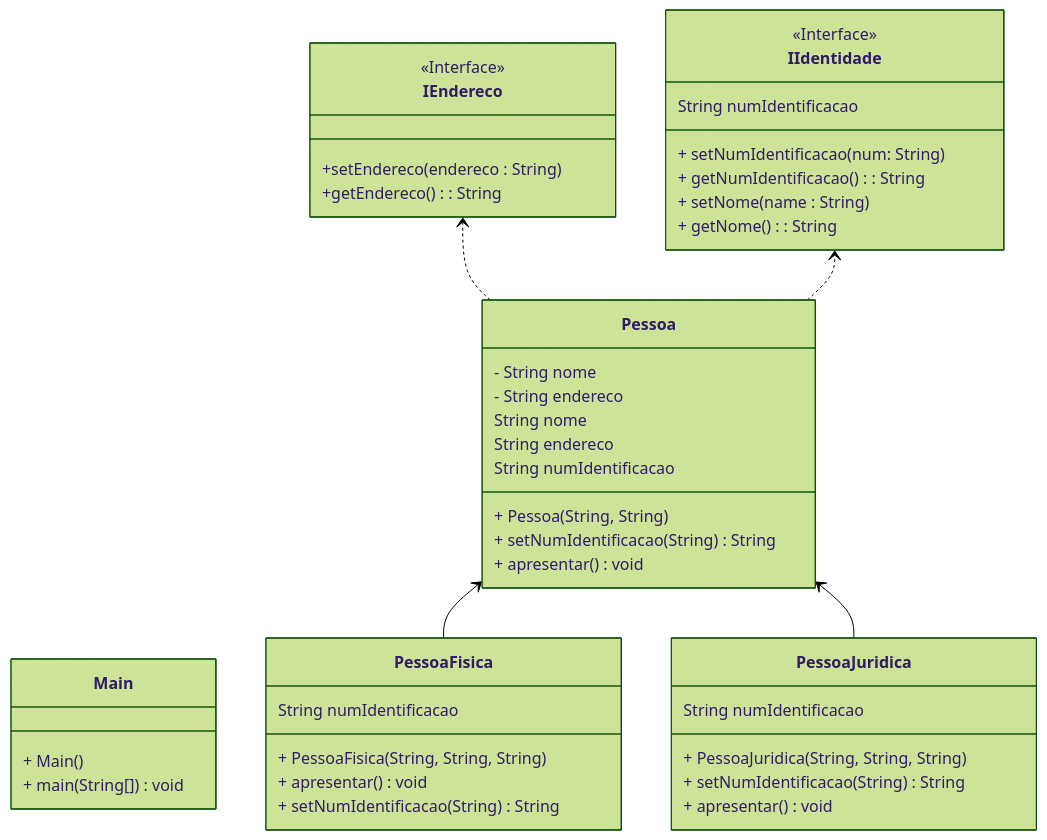
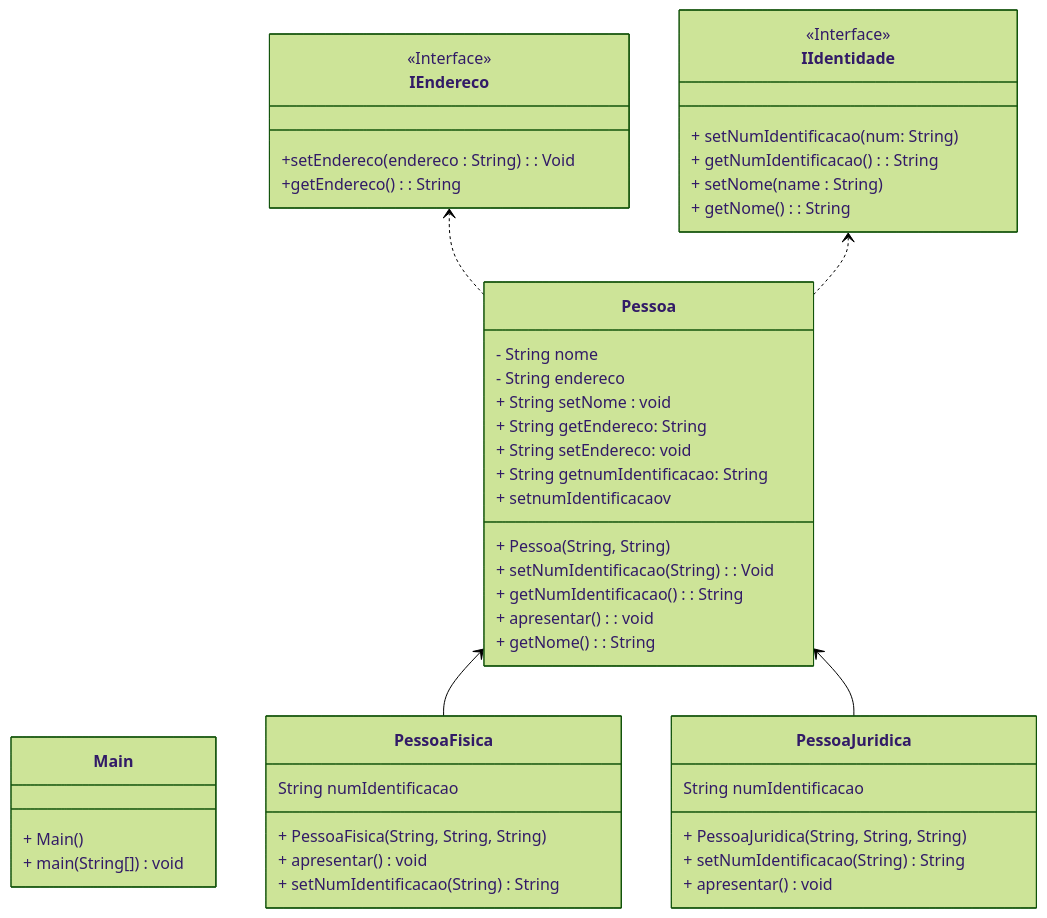
One commit to OsmarBaia/ebac-back-end changed the diagram in README.md. Above: the diagram before and after it, drawn with Mermaid (forest theme).

Commit message:
Update README.md
Fixed Pessoa's uml diagram

````diff
--- a/README.md
+++ b/README.md
@@ -3,53 +3,56 @@
 ```mermaid
 classDiagram
 direction BT
 
 class IEndereco {
 <<Interface>>
-+setEndereco(endereco : String)
-+getEndereco() : String
+    +setEndereco(endereco : String) : Void
+    +getEndereco() : String
 }
 
 class IIdentidade {
 <<Interface>>
-+ setNumIdentificacao(num: String) 
-+ getNumIdentificacao() : String
-+ setNome(name : String)
-+ getNome() : String
-  String numIdentificacao
+    + setNumIdentificacao(num: String) 
+    + getNumIdentificacao() : String
+    + setNome(name : String)
+    + getNome() : String
   }
 
   class Main {
-+ Main()
-+ main(String[]) void
+    + Main()
+    + main(String[]) void
   }
 
   class Pessoa {
-+ Pessoa(String, String)
-- String nome
-- String endereco
-+ setNumIdentificacao(String) String
-+ apresentar() void
-  String nome
-  String endereco
-  String numIdentificacao
+    + Pessoa(String, String)
+    - String nome
+    - String endereco
+    + setNumIdentificacao(String) : Void
+    + getNumIdentificacao() : String
+    + apresentar() : void
+    + getNome () : String
+    + String setNome : void
+    + String getEndereco: String
+    + String setEndereco: void
+    + String getnumIdentificacao: String
+    + setnumIdentificacaov
   }
   class PessoaFisica {
 + PessoaFisica(String, String, String)
 + apresentar() void
 + setNumIdentificacao(String) String
   String numIdentificacao
   }
   class PessoaJuridica {
 + PessoaJuridica(String, String, String)
 + setNumIdentificacao(String) String
 + apresentar() void
   String numIdentificacao
   }
 
 Pessoa  ..>  IEndereco
 Pessoa  ..>  IIdentidade
 PessoaFisica  -->  Pessoa
 PessoaJuridica  -->  Pessoa 
 
 ```
````
